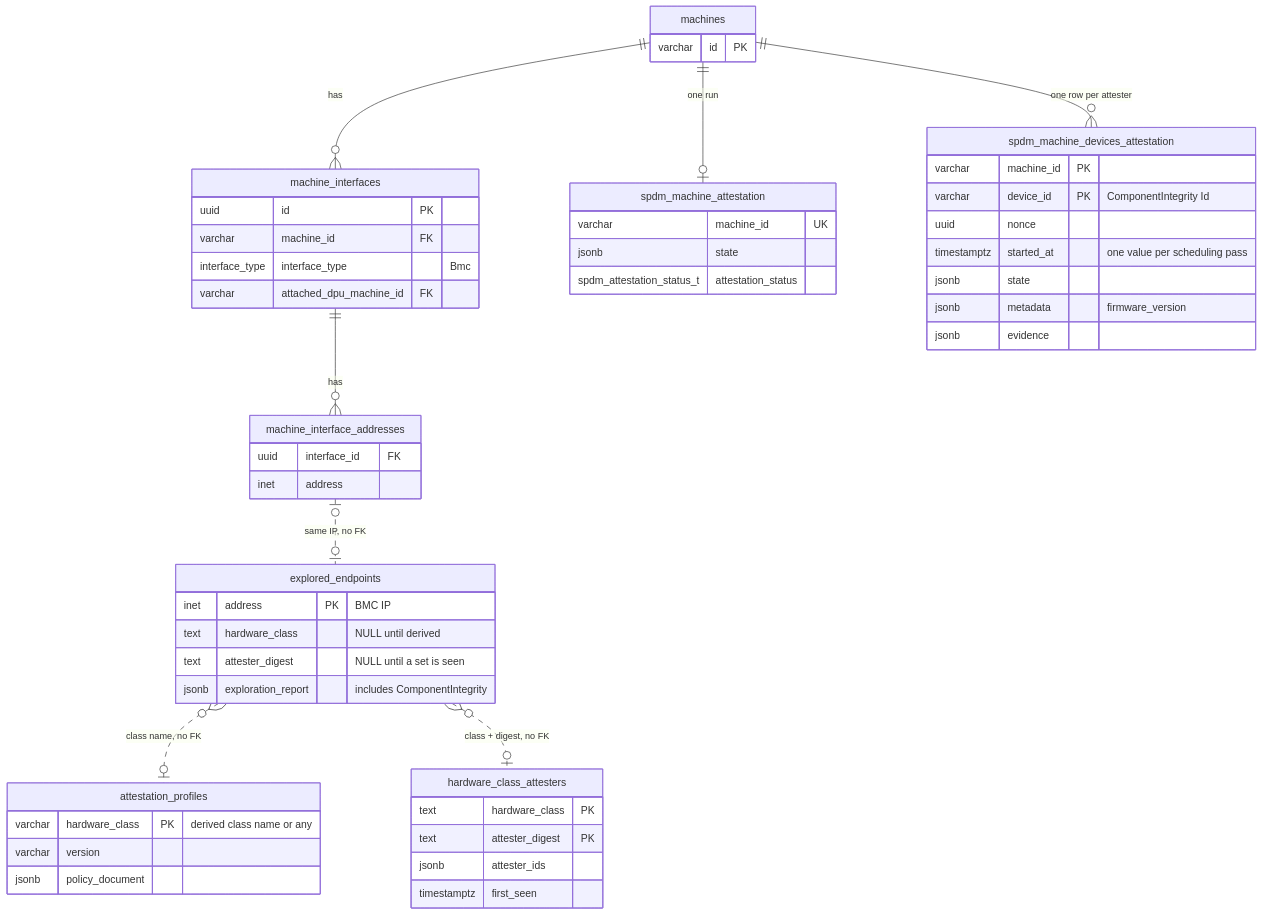
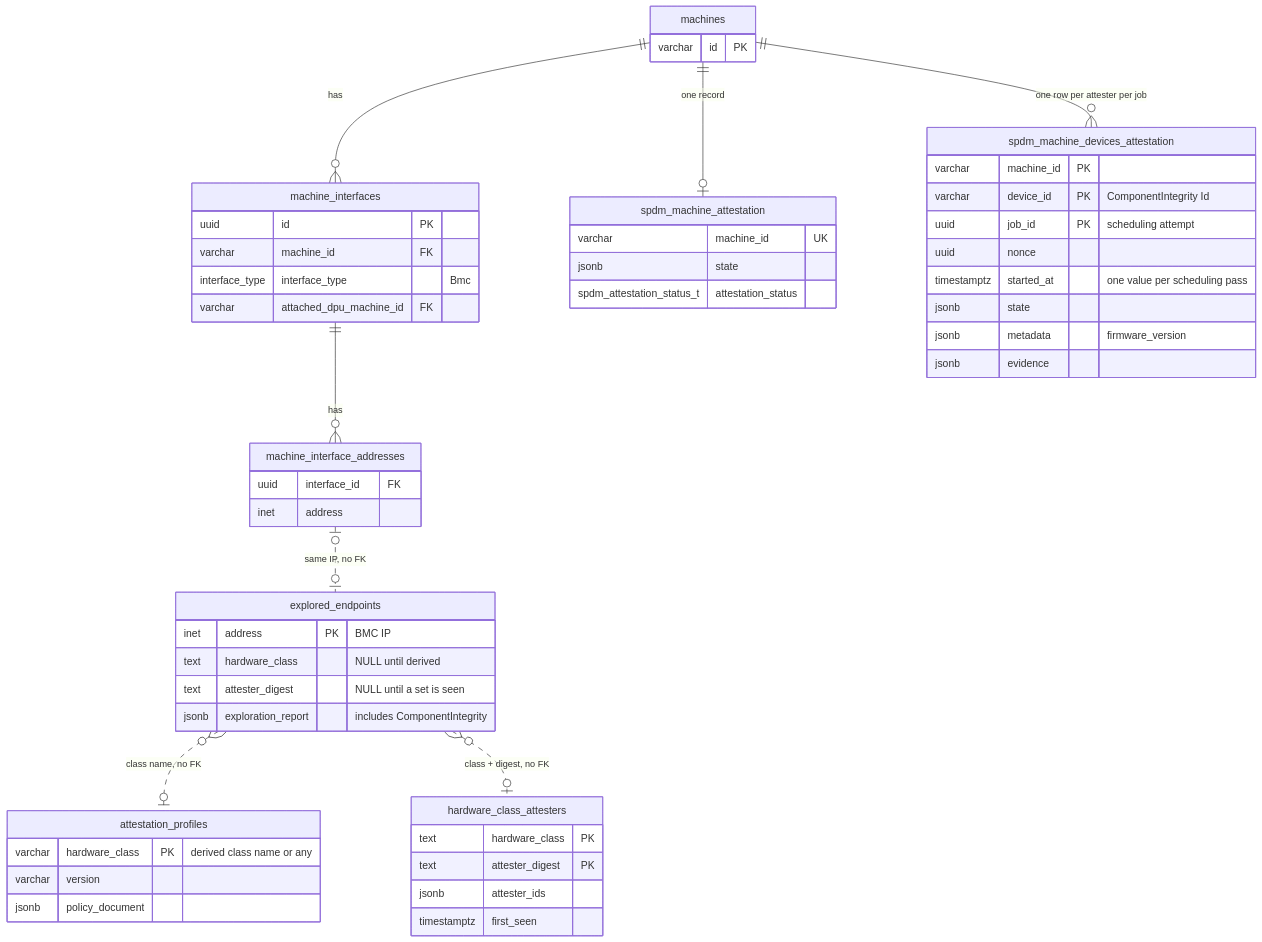
One commit to dsx-ai-factory/infra-controller changed the fourth of 4 diagrams in docs/design/attestation/attestation-profiles.md. Above: the diagram before and after it, drawn with Mermaid. The commit also changed other lines of this file and 1 other file, not shown here.

````diff
--- a/docs/design/attestation/attestation-profiles.md
+++ b/docs/design/attestation/attestation-profiles.md
@@ -896,55 +909,56 @@
 ```mermaid
 erDiagram
     machines ||--o{ machine_interfaces : has
     machine_interfaces ||--o{ machine_interface_addresses : has
     machine_interface_addresses |o..o| explored_endpoints : "same IP, no FK"
     explored_endpoints }o..o| attestation_profiles : "class name, no FK"
     explored_endpoints }o..o| hardware_class_attesters : "class + digest, no FK"
-    machines ||--o| spdm_machine_attestation : "one run"
-    machines ||--o{ spdm_machine_devices_attestation : "one row per attester"
+    machines ||--o| spdm_machine_attestation : "one record"
+    machines ||--o{ spdm_machine_devices_attestation : "one row per attester per job"
 
     machines {
         varchar id PK
     }
     machine_interfaces {
         uuid id PK
         varchar machine_id FK
         interface_type interface_type "Bmc"
         varchar attached_dpu_machine_id FK
     }
     machine_interface_addresses {
         uuid interface_id FK
         inet address
     }
     explored_endpoints {
         inet address PK "BMC IP"
         text hardware_class "NULL until derived"
         text attester_digest "NULL until a set is seen"
         jsonb exploration_report "includes ComponentIntegrity"
     }
     attestation_profiles {
         varchar hardware_class PK "derived class name or any"
         varchar version
         jsonb policy_document
     }
     hardware_class_attesters {
         text hardware_class PK
         text attester_digest PK
         jsonb attester_ids
         timestamptz first_seen
     }
     spdm_machine_attestation {
         varchar machine_id UK
         jsonb state
         spdm_attestation_status_t attestation_status
     }
     spdm_machine_devices_attestation {
         varchar machine_id PK
         varchar device_id PK "ComponentIntegrity Id"
+        uuid job_id PK "scheduling attempt"
         uuid nonce
         timestamptz started_at "one value per scheduling pass"
         jsonb state
         jsonb metadata "firmware_version"
         jsonb evidence
     }
 ```
````
